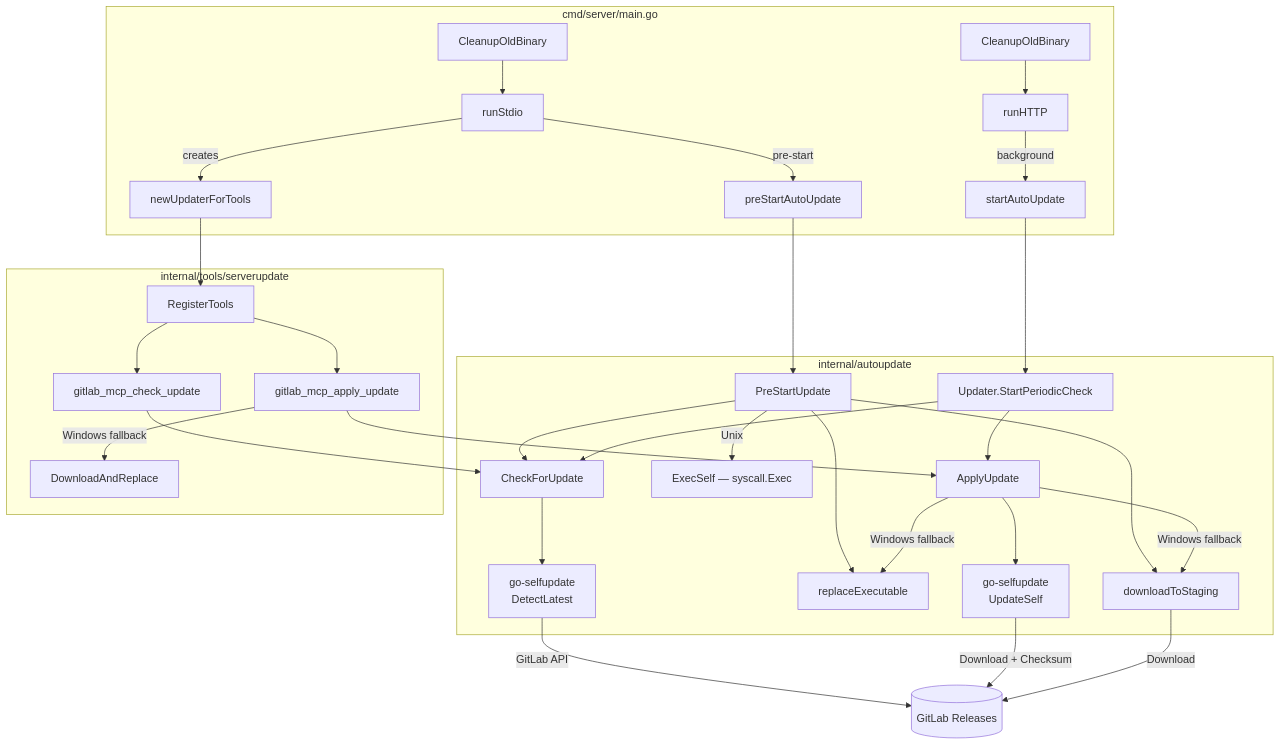
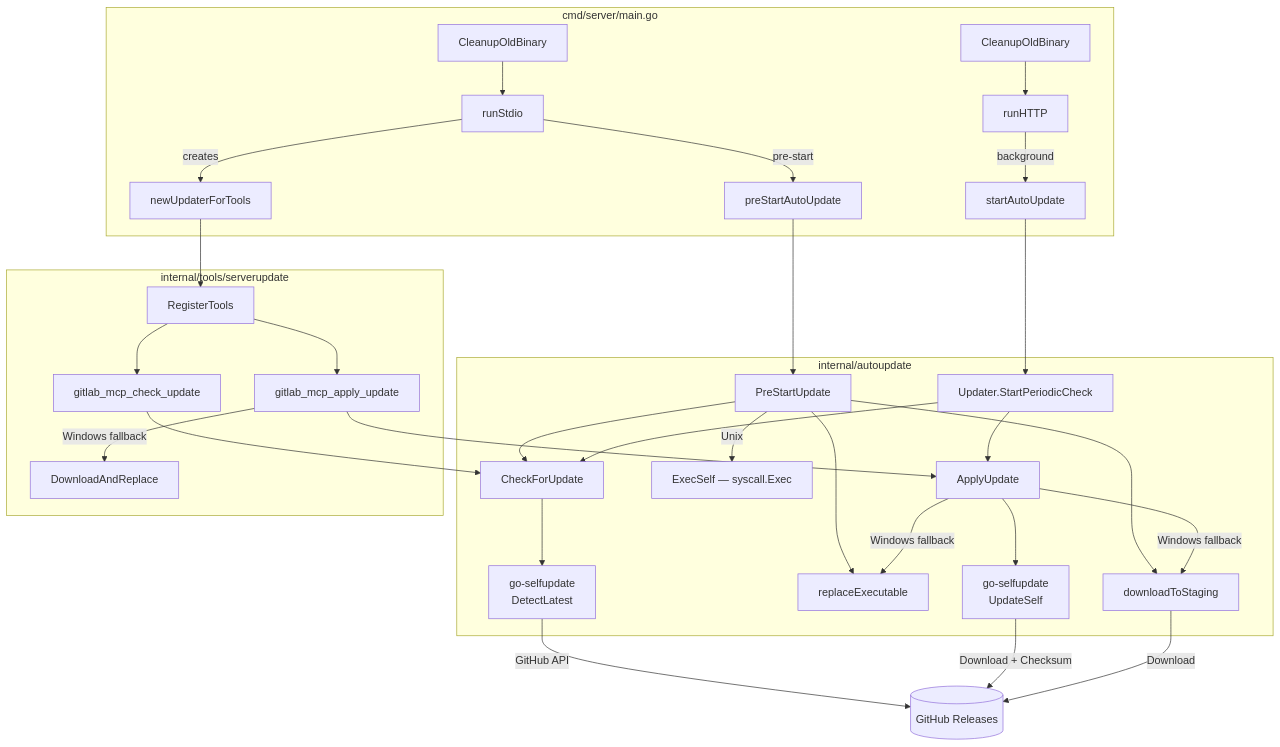
One commit to jmrplens/gitlab-mcp-server changed the second of 2 diagrams in docs/auto-update.md. Above: the diagram before and after it, drawn with Mermaid. The commit also changed other lines of this file and 8 other files, not shown here.

First line of the commit message:
docs: fix stale GitLab infrastructure references after GitHub migration

````diff
--- a/docs/auto-update.md
+++ b/docs/auto-update.md
@@ -246,38 +246,38 @@
 ```mermaid
 graph TD
     subgraph "cmd/server/main.go"
         A0[CleanupOldBinary] --> A
         A[runStdio] -->|pre-start| B[preStartAutoUpdate]
         A -->|creates| C[newUpdaterForTools]
         D0[CleanupOldBinary] --> D
         D[runHTTP] -->|background| E[startAutoUpdate]
     end
 
     subgraph "internal/autoupdate"
         B --> F[PreStartUpdate]
         F --> H[CheckForUpdate]
         F --> P[downloadToStaging]
         F --> Q[replaceExecutable]
         F -->|Unix| R[ExecSelf — syscall.Exec]
         E --> G[Updater.StartPeriodicCheck]
         G --> H
         G --> I[ApplyUpdate]
         H --> J[go-selfupdate<br/>DetectLatest]
         I --> K[go-selfupdate<br/>UpdateSelf]
         I -->|Windows fallback| P
         I -->|Windows fallback| Q
     end
 
     subgraph "internal/tools/serverupdate"
         C --> L[RegisterTools]
         L --> M[gitlab_mcp_check_update]
         L --> N[gitlab_mcp_apply_update]
         M --> H
         N --> I
         N -->|Windows fallback| S[DownloadAndReplace]
     end
 
-    J -->|GitLab API| O[(GitLab Releases)]
+    J -->|GitHub API| O[(GitHub Releases)]
     K -->|Download + Checksum| O
     P -->|Download| O
 ```
````
